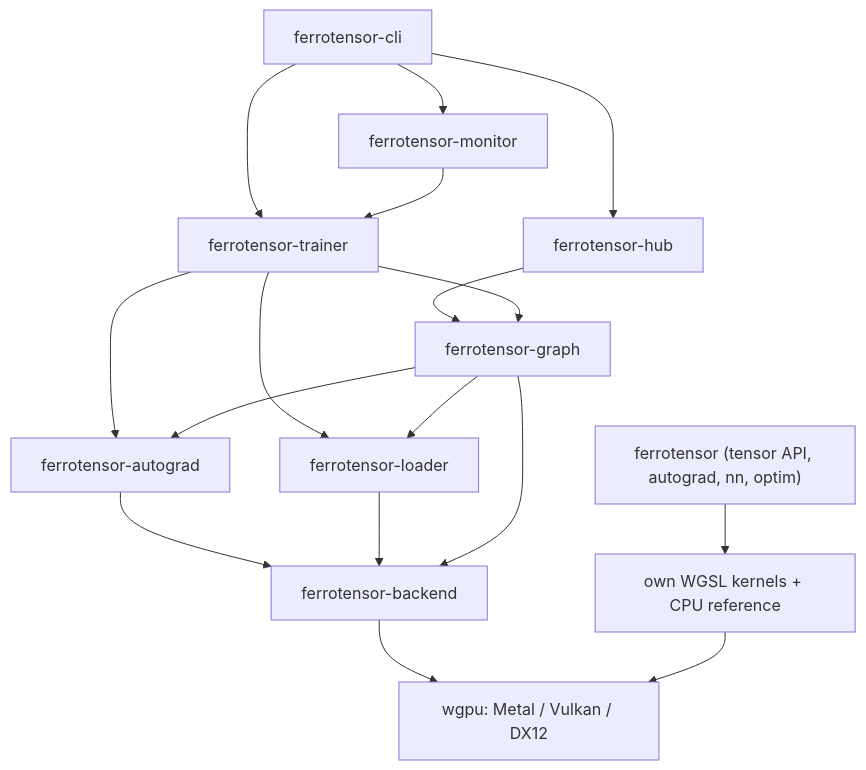
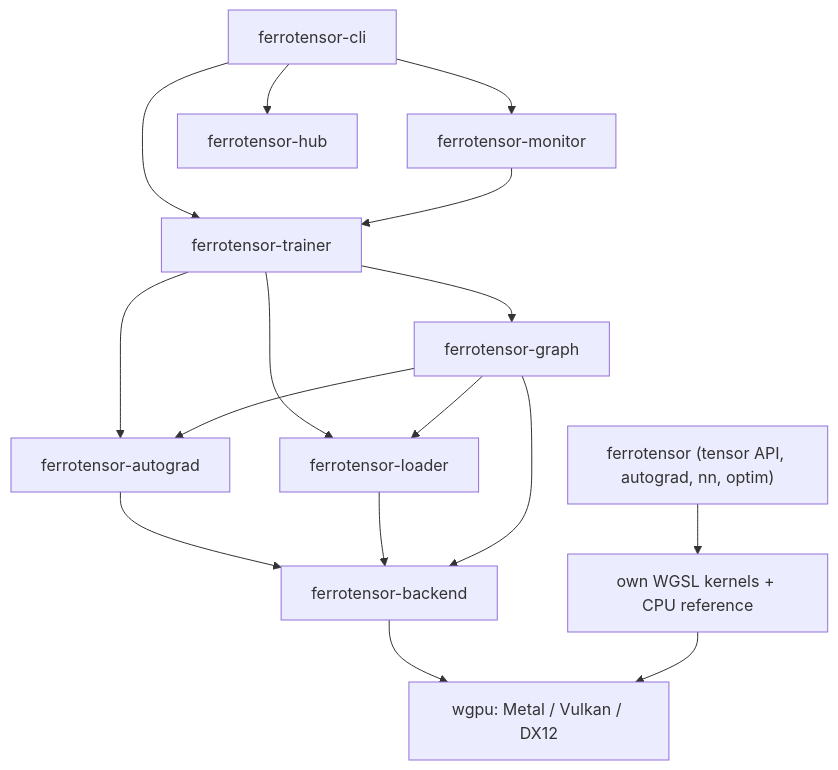
The diagram in docs/architecture.md (puranikyashaswin/ferrotensor), drawn with Mermaid before and after one commit. The commit also changed 9 other files, not shown here.

````diff
--- a/docs/architecture.md
+++ b/docs/architecture.md
@@ -22,20 +22,19 @@
 ```mermaid
 flowchart TD
     cli[ferrotensor-cli] --> trainer[ferrotensor-trainer]
     cli --> monitor[ferrotensor-monitor]
     cli --> hub[ferrotensor-hub]
     monitor --> trainer
-    hub --> graphc[ferrotensor-graph]
-    trainer --> graphc
+    trainer --> graphc[ferrotensor-graph]
     trainer --> autograd[ferrotensor-autograd]
     trainer --> loader[ferrotensor-loader]
     graphc --> autograd
     graphc --> loader
     autograd --> backend[ferrotensor-backend]
     loader --> backend
     graphc --> backend
     backend --> wgpu[wgpu: Metal / Vulkan / DX12]
 
     ferrotensor["ferrotensor (tensor API, autograd, nn, optim)"] --> kernels["own WGSL kernels + CPU reference"]
     kernels --> wgpu
 ```
````
